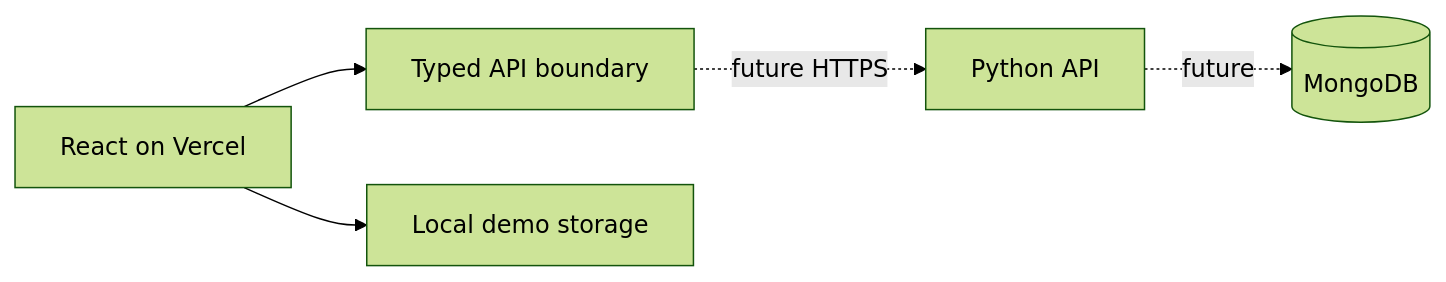
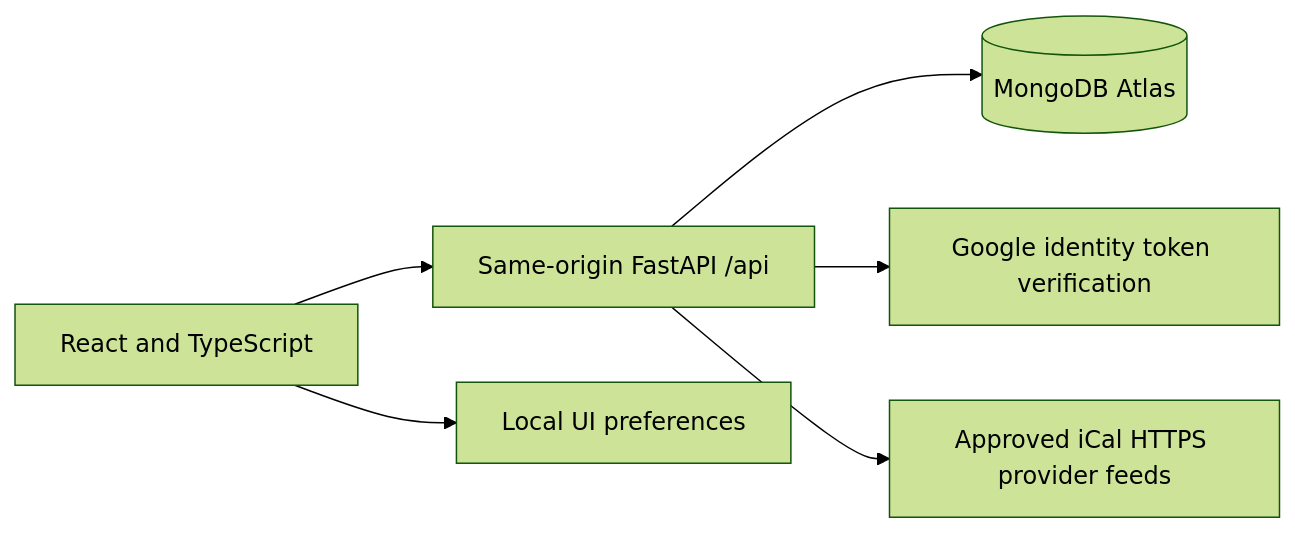
The diagram in docs/ARCHITECTURE.md (KibouAkari/LifeOrbit), drawn with Mermaid (forest theme) before and after one commit. The commit also changed other lines of this file and 3 other files, not shown here.

Commit message:
docs: refresh architecture, data model, interface and security review

````diff
--- a/docs/ARCHITECTURE.md
+++ b/docs/ARCHITECTURE.md
@@ -14,7 +5,8 @@
 ```mermaid
 flowchart LR
-  UI[React on Vercel] --> CLIENT[Typed API boundary]
-  CLIENT -. future HTTPS .-> PY[Python API]
-  PY -. future .-> DB[(MongoDB)]
-  UI --> DEMO[Local demo storage]
+  B[React and TypeScript] --> A[Same-origin FastAPI /api]
+  A --> M[(MongoDB Atlas)]
+  A --> G[Google identity token verification]
+  A --> I[Approved iCal HTTPS provider feeds]
+  B --> L[Local UI preferences]
 ```
````
